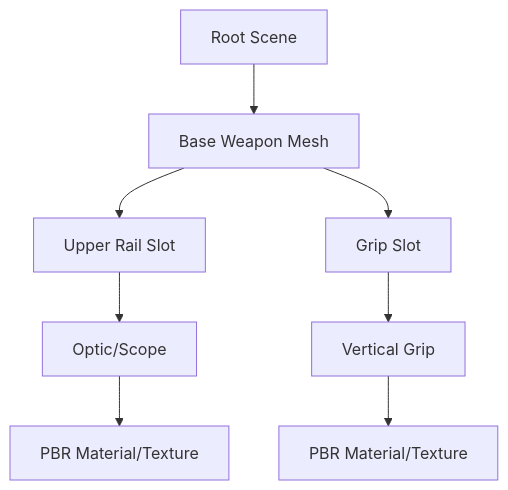
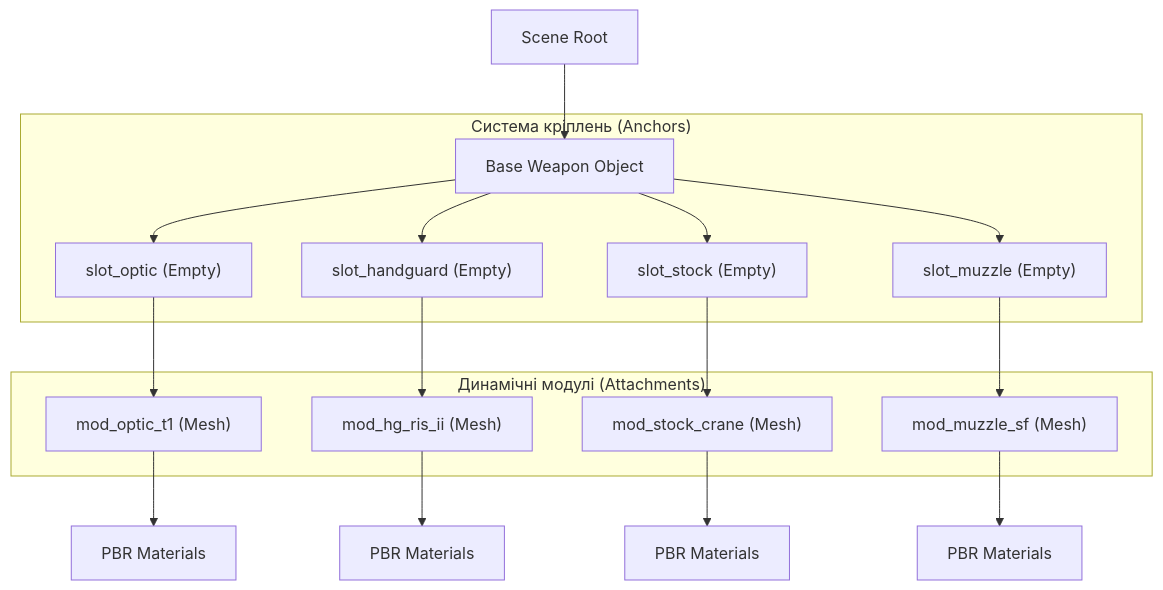
One commit to Alexxxsashka/Hristo changed diagram 12 of 15 in DIPLOMA_FULL_TEXT_EXPANDED.md. Above: the diagram before and after it, drawn with Mermaid. The commit also changed other lines of this file, not shown here.

Commit message:
docs: update 3D Scene Graph to use slot/mod convention and fix figure numbering

````diff
--- a/DIPLOMA_FULL_TEXT_EXPANDED.md
+++ b/DIPLOMA_FULL_TEXT_EXPANDED.md
@@ -691,10 +691,23 @@
 ```mermaid
 graph TD
-    Scene[Root Scene] --> Weapon[Base Weapon Mesh]
-    Weapon --> Slot1[Upper Rail Slot]
-    Weapon --> Slot2[Grip Slot]
-    Slot1 --> Attachment1[Optic/Scope]
-    Slot2 --> Attachment2[Vertical Grip]
-    Attachment1 --> Material1[PBR Material/Texture]
-    Attachment2 --> Material2[PBR Material/Texture]
+    Root[Scene Root] --> Base[Base Weapon Object]
+    
+    subgraph "Система кріплень (Anchors)"
+        Base --> S1["slot_optic (Empty)"]
+        Base --> S2["slot_handguard (Empty)"]
+        Base --> S3["slot_stock (Empty)"]
+        Base --> S4["slot_muzzle (Empty)"]
+    end
+
+    subgraph "Динамічні модулі (Attachments)"
+        S1 --> M1["mod_optic_t1 (Mesh)"]
+        S2 --> M2["mod_hg_ris_ii (Mesh)"]
+        S3 --> M3["mod_stock_crane (Mesh)"]
+        S4 --> M4["mod_muzzle_sf (Mesh)"]
+    end
+
+    M1 --> P1[PBR Materials]
+    M2 --> P2[PBR Materials]
+    M3 --> P3[PBR Materials]
+    M4 --> P4[PBR Materials]
 ```
````
